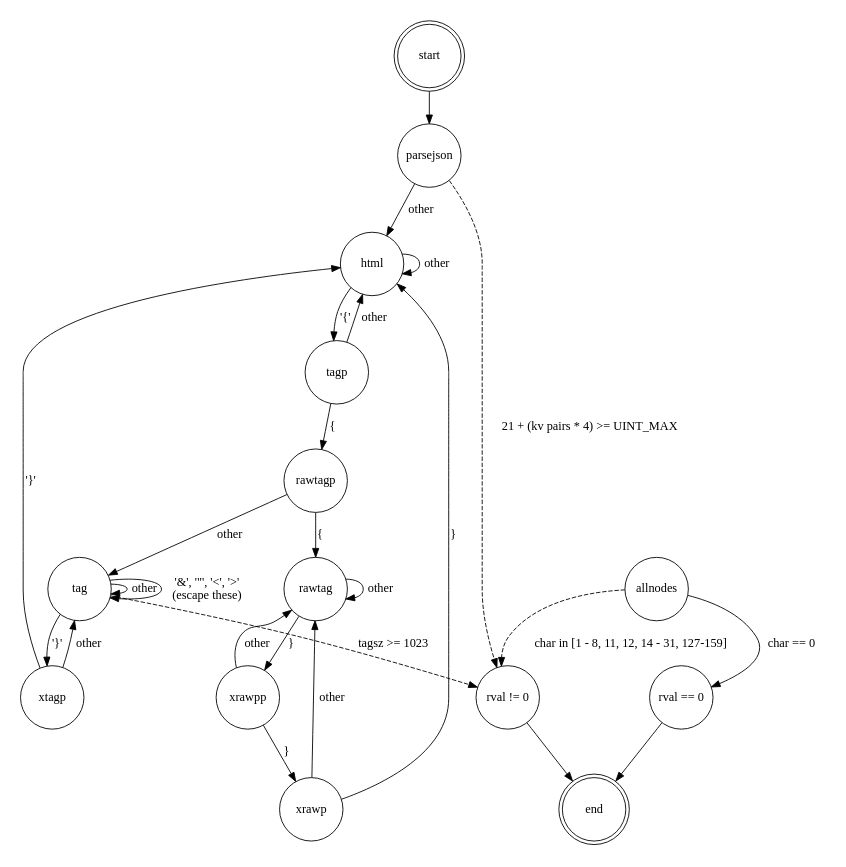
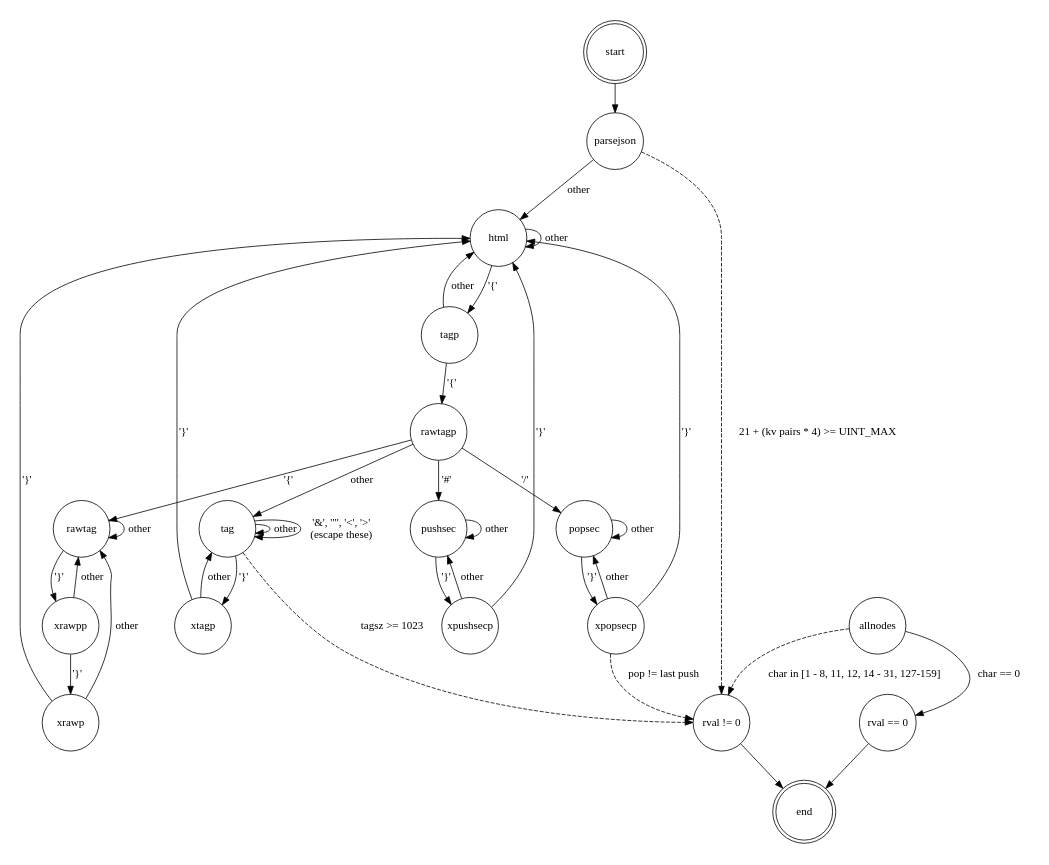
Before and after one commit to mbucc/cmustache: the diagram in doc/state.dot, drawn with Graphviz. The commit also changed 3 other files, not shown here.

Commit message:
Add sections to state diagram.  Add test_number field to avoid off-by-one errors in commit comments

```diff
--- a/doc/state.dot
+++ b/doc/state.dot
@@ -1,44 +1,60 @@
 digraph State {
 	size="8,5"
 	#rankdir=LR;
 	node [shape = doublecircle,width=1,fixedsize=true]; start, end;
 	node [shape = circle,width=1,fixedsize=true];
 	start		-> parsejson;
 
 	parsejson	-> html		[label = "other" ];
 	parsejson	-> "rval != 0"	[label = "21 + (kv pairs * 4) >= UINT_MAX",style=dashed ];
 
 	html		-> tagp		[ label = "'{'" ];
 	html		-> html			[ label = "other" ];
 
-	tagp		-> rawtagp		[label = "{" ];
+	tagp		-> rawtagp		[label = "'{'" ];
 	tagp		-> html			[label = "other" ];
 
-	rawtagp	-> rawtag			[label = "{" ];
+	rawtagp	-> rawtag			[label = "'{'" ];
+	rawtagp	-> pushsec		[label = "'#'" ];
+	rawtagp	-> popsec			[label = "'/'" ];
 	rawtagp	-> tag			[label = "other" ];
+
+	pushsec 	-> pushsec		[label = "other" ];
+	pushsec	-> xpushsecp		[label = "'}'" ];
+
+	xpushsecp	-> html		[label = "'}'" ];
+	xpushsecp	-> pushsec	[label = "other" ];
+
+	popsec 	-> popsec		[label = "other" ];
+	popsec	-> xpopsecp		[label = "'}'" ];
+
+	xpopsecp	-> html		[label = "'}'" ];
+	xpopsecp	-> popsec	[label = "other" ];
+	xpopsecp	-> "rval != 0"	[label = "pop != last push",style=dashed ];
+
 
 	xtagp		-> html			[ label = "'}'" ];
 	xtagp		-> tag			[label = "other" ];
 
-	rawtag	-> xrawpp		[label = "}" ];
+	rawtag	-> xrawpp		[label = "'}'" ];
 	rawtag	-> rawtag		[label = "other" ];
 
-	xrawpp		-> xrawp		[label = "}" ];
+	xrawpp		-> xrawp		[label = "'}'" ];
 	xrawpp		-> rawtag		[label = "other" ];
 
-	xrawp	-> html		[label = "}" ];
+	xrawp	-> html		[label = "'}'" ];
 	xrawp	-> rawtag		[label = "other" ];
 
 	tag		-> xtagp		[ label = "'}'" ];
 	tag		-> "rval != 0"		[ label = "tagsz >= 1023",style=dashed ];
 	tag		-> tag			[ label = "other" ];
 	tag		-> tag			[ label = "'&', '\"', '<', '>'\n(escape these)" ];
 
 	allnodes -> "rval != 0"		[ label = "char in [1 - 8, 11, 12, 14 - 31, 127-159]",style=dashed ];
 	allnodes -> "rval == 0"		[ label = "char == 0" ];
 
 
 	"rval == 0"	-> end;
 	"rval != 0"	-> end;
 
 }
```
